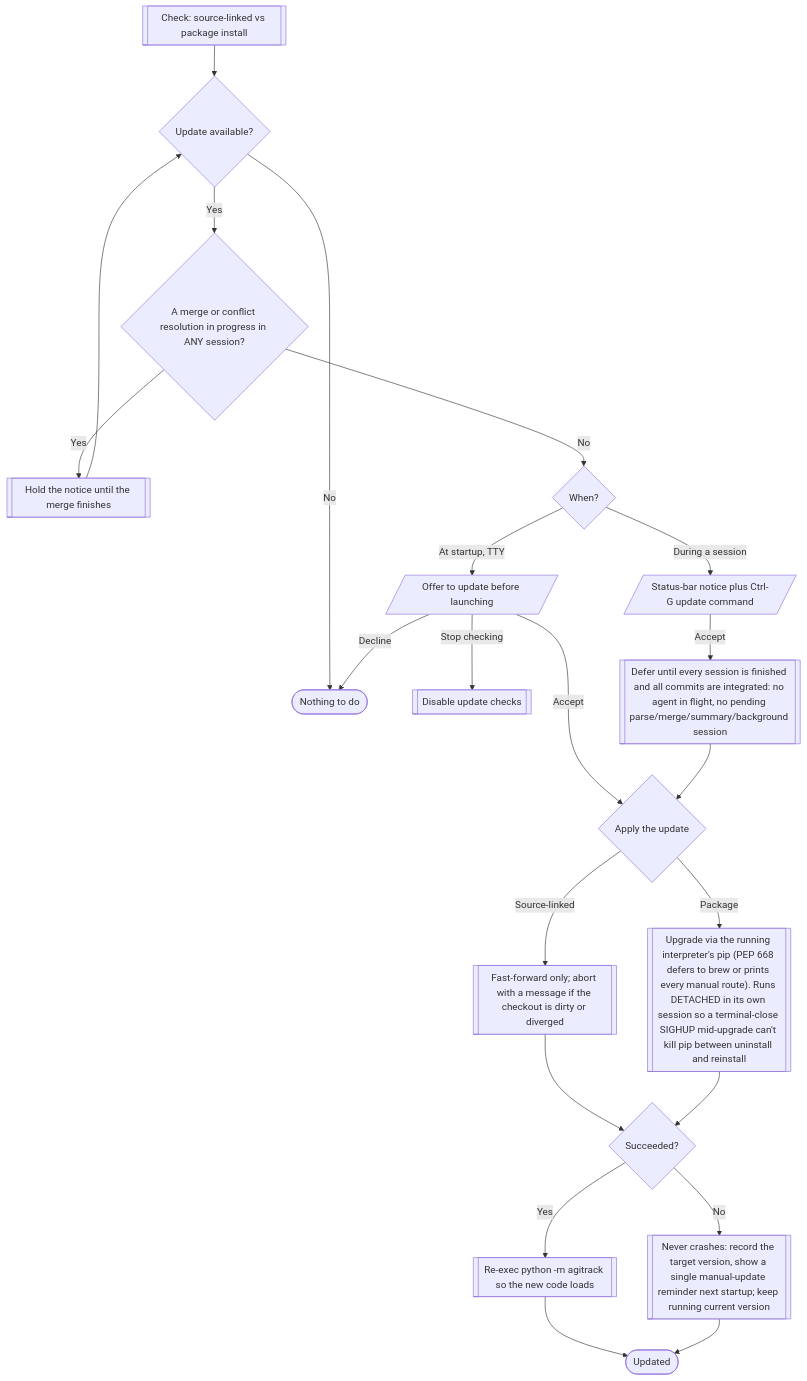
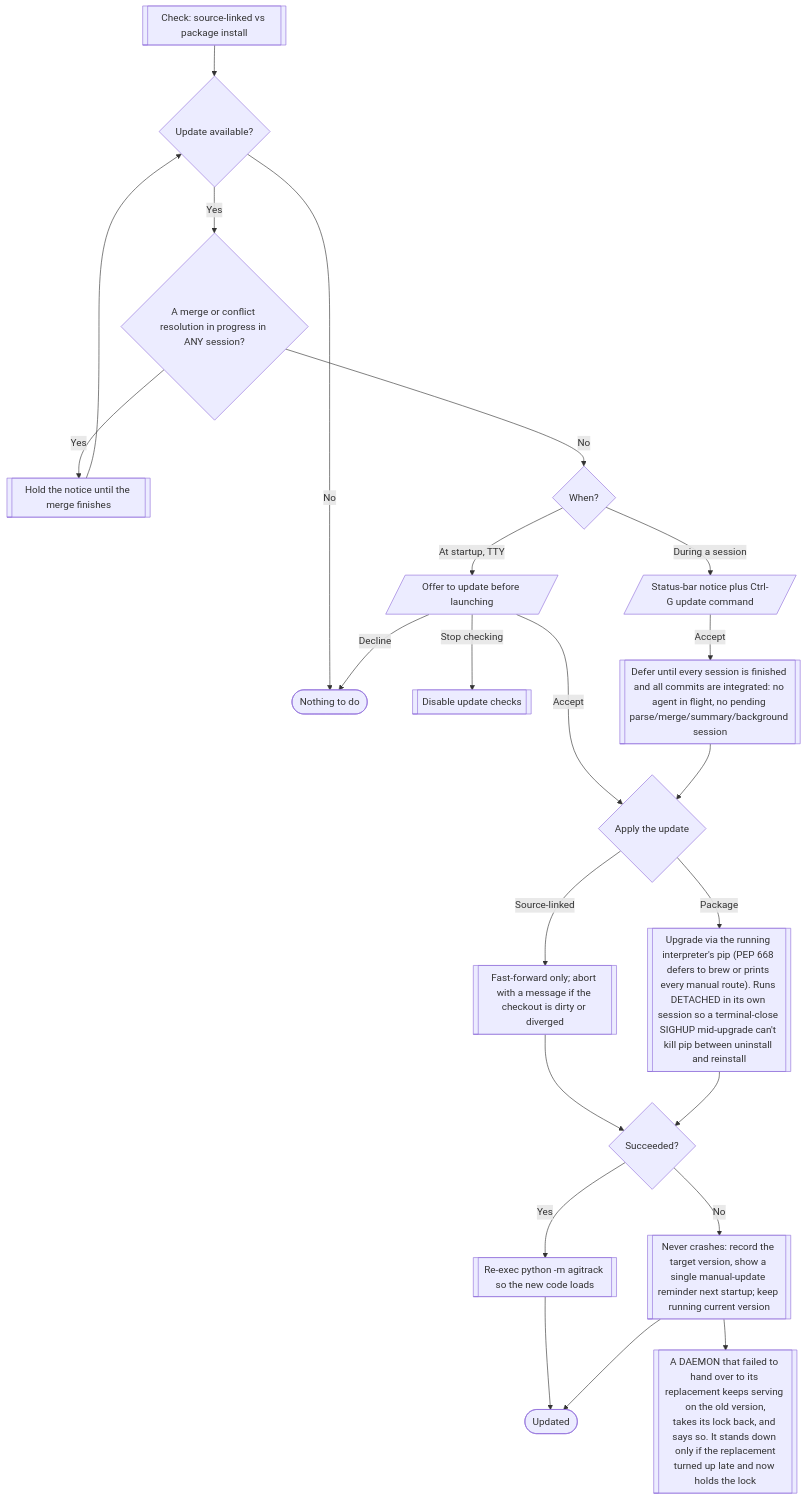
One commit to core-aix/agitrack changed diagram 12 of 21 in docs/user-flow.md. Above: the diagram before and after it, drawn with Mermaid. The commit also changed 3 other files, not shown here.

````diff
--- a/docs/user-flow.md
+++ b/docs/user-flow.md
@@ -556,28 +556,29 @@
 ```mermaid
 flowchart TD
   chk[["Check: source-linked vs package install"]] --> avail{"Update available?"}
   avail -->|No| idle(["Nothing to do"])
   avail -->|Yes| merging{"A merge or conflict resolution in progress in ANY session?"}
   merging -->|Yes| holdn[["Hold the notice until the merge finishes"]]
   holdn --> avail
   merging -->|No| where{"When?"}
 
   where -->|At startup, TTY| soffer[/"Offer to update before launching"/]
   where -->|During a session| inoffer[/"Status-bar notice plus Ctrl-G update command"/]
 
   soffer -->|Stop checking| off[["Disable update checks"]]
   soffer -->|Decline| idle
   soffer -->|Accept| apply
   inoffer -->|Accept| wait[["Defer until every session is finished and all commits are integrated: no agent in flight, no pending parse/merge/summary/background session"]]
   wait --> apply
 
   apply{"Apply the update"}
   apply -->|Source-linked| src[["Fast-forward only; abort with a message if the checkout is dirty or diverged"]]
   apply -->|Package| pkg[["Upgrade via the running interpreter's pip (PEP 668 defers to brew or prints every manual route). Runs DETACHED in its own session so a terminal-close SIGHUP mid-upgrade can't kill pip between uninstall and reinstall"]]
   src --> ok{"Succeeded?"}
   pkg --> ok
   ok -->|Yes| reexec[["Re-exec python -m agitrack so the new code loads"]]
   ok -->|No| failnotice[["Never crashes: record the target version, show a single manual-update reminder next startup; keep running current version"]]
+  failnotice --> daemonfail[["A DAEMON that failed to hand over to its replacement keeps serving on the old version,<br/>takes its lock back, and says so. It stands down only if the replacement<br/>turned up late and now holds the lock"]]
   reexec --> done2(["Updated"])
   failnotice --> done2
 ```
````
